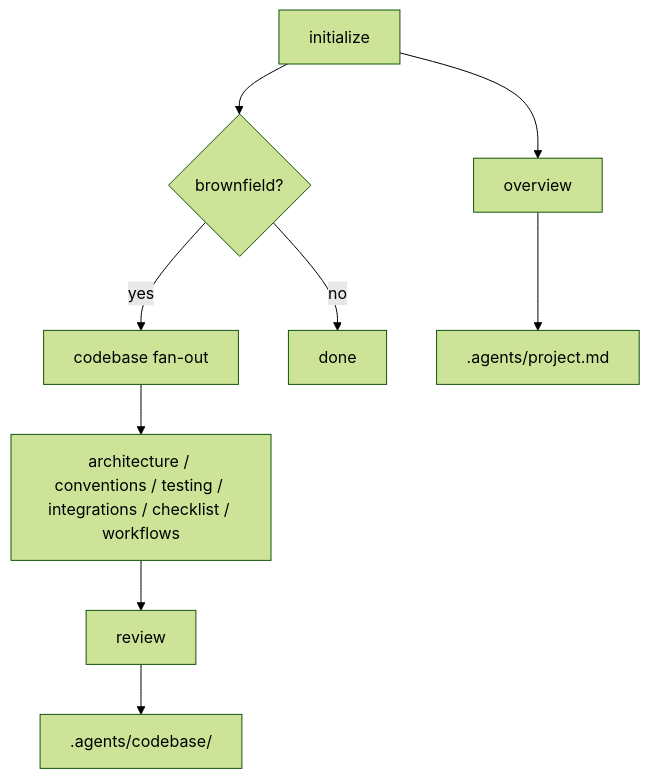
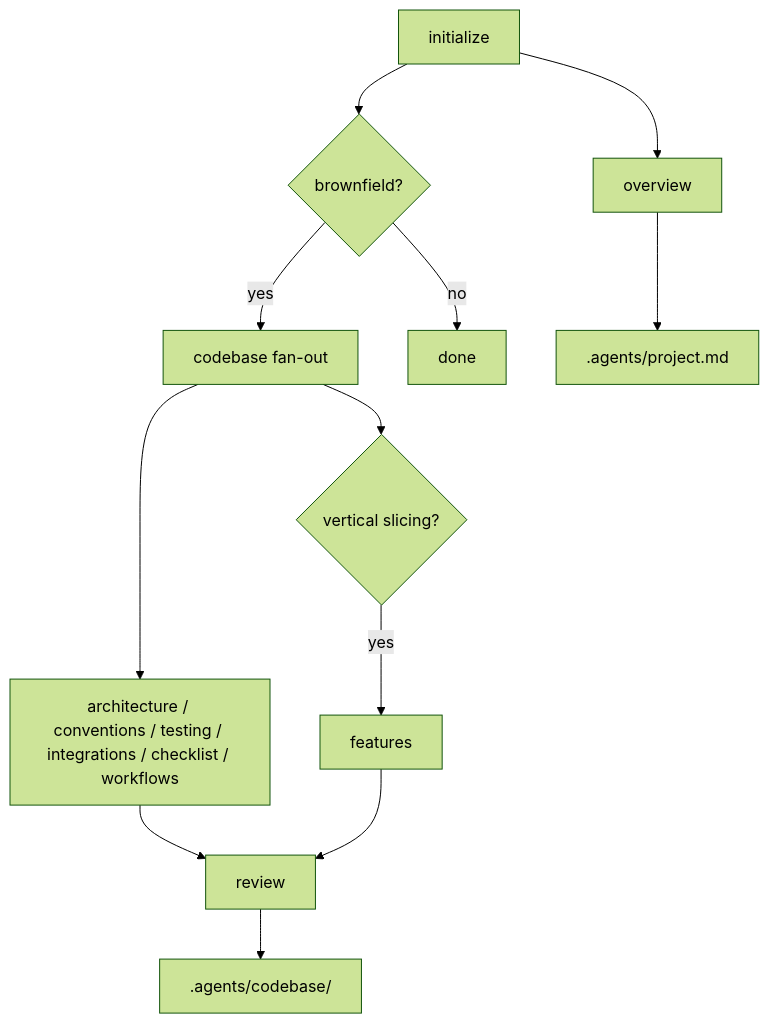
The diagram in skills/engineering/project-index/README.md (adeonir/agent-skills), drawn with Mermaid (forest theme) before and after one commit. The commit also changed other lines of this file and 13 other files, not shown here.

````diff
--- a/skills/engineering/project-index/README.md
+++ b/skills/engineering/project-index/README.md
@@ -10,11 +10,14 @@
 ```mermaid
 flowchart TD
     A[initialize] --> B[overview]
     A --> C{brownfield?}
     C -->|yes| D[codebase fan-out]
     C -->|no| E[done]
     D --> F[architecture / conventions / testing / integrations / checklist / workflows]
+    D --> J{vertical slicing?}
+    J -->|yes| K[features]
     F --> G[review]
+    K --> G
     B --> H[.agents/project.md]
     G --> I[.agents/codebase/]
 ```
````
